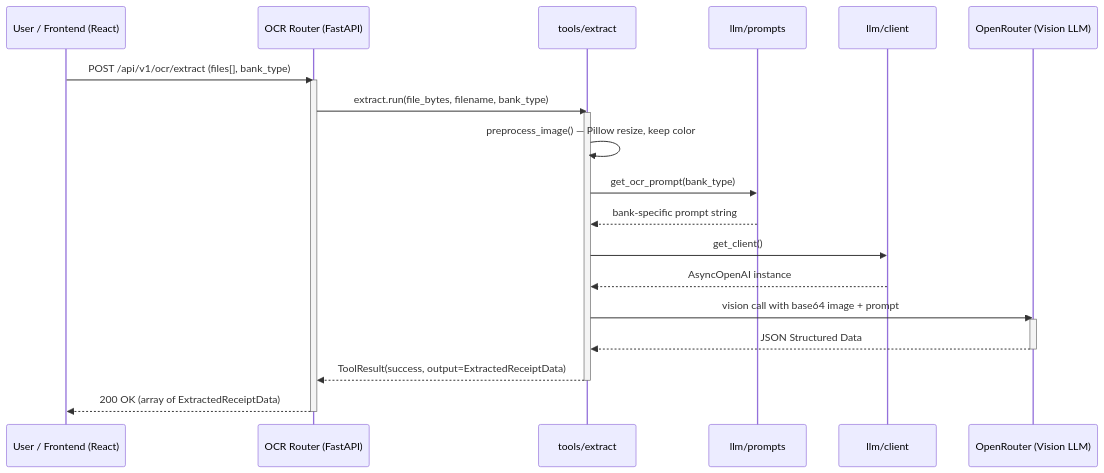
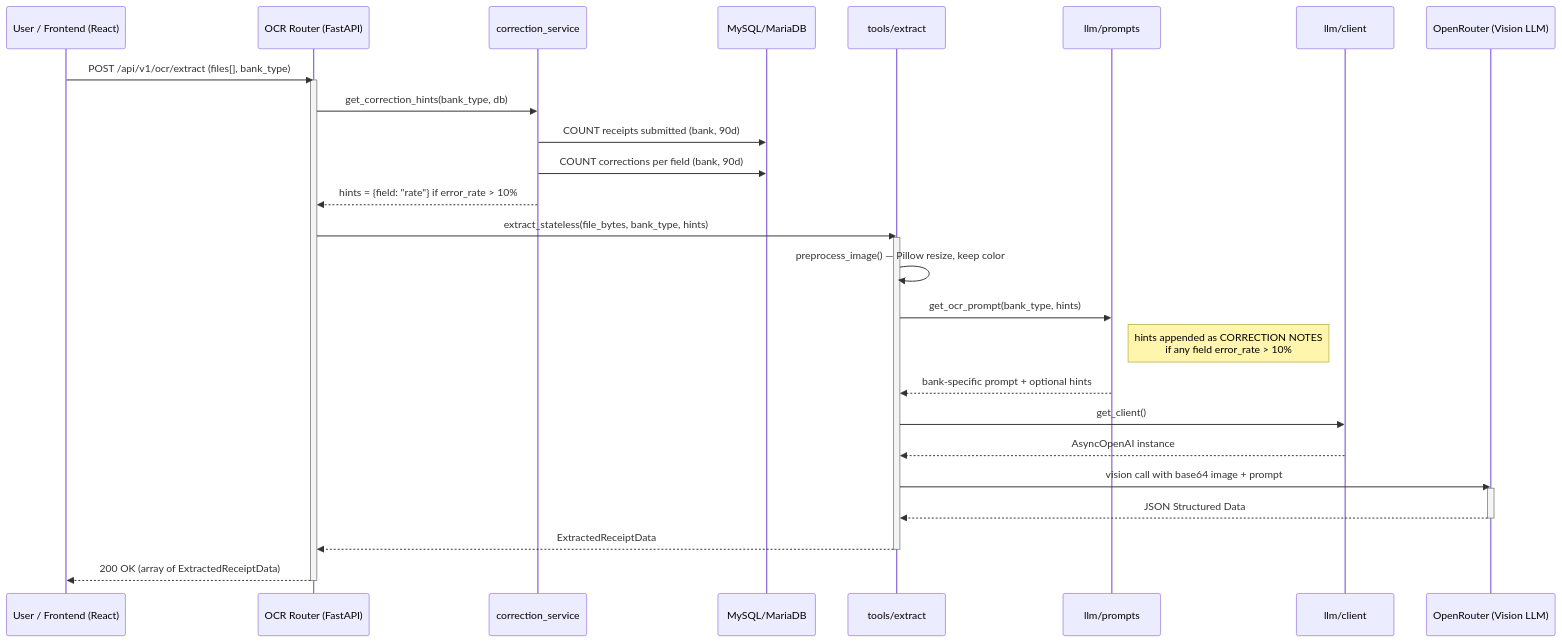
One commit to SupportCarmen/OCR changed the third of 8 diagrams in docs/Software_Requirements_Specification.md. Above: the diagram before and after it, drawn with Mermaid. The commit also changed other lines of this file and 17 other files, not shown here.

````diff
--- a/docs/Software_Requirements_Specification.md
+++ b/docs/Software_Requirements_Specification.md
@@ -142,27 +156,36 @@
 ```mermaid
 sequenceDiagram
     participant User as User / Frontend (React)
     participant Router as OCR Router (FastAPI)
+    participant CorrSvc as correction_service
+    participant DB as MySQL/MariaDB
     participant Tool as tools/extract
     participant Prompts as llm/prompts
     participant Client as llm/client
     participant LLM as OpenRouter (Vision LLM)
 
     User->>Router: POST /api/v1/ocr/extract (files[], bank_type)
     activate Router
-    Router->>Tool: extract.run(file_bytes, filename, bank_type)
+
+    Router->>CorrSvc: get_correction_hints(bank_type, db)
+    CorrSvc->>DB: COUNT receipts submitted (bank, 90d)
+    CorrSvc->>DB: COUNT corrections per field (bank, 90d)
+    CorrSvc-->>Router: hints = {field: "rate"} if error_rate > 10%
+
+    Router->>Tool: extract_stateless(file_bytes, bank_type, hints)
     activate Tool
     Tool->>Tool: preprocess_image() — Pillow resize, keep color
-    Tool->>Prompts: get_ocr_prompt(bank_type)
-    Prompts-->>Tool: bank-specific prompt string
+    Tool->>Prompts: get_ocr_prompt(bank_type, hints)
+    Note right of Prompts: hints appended as CORRECTION NOTES<br/>if any field error_rate > 10%
+    Prompts-->>Tool: bank-specific prompt + optional hints
     Tool->>Client: get_client()
     Client-->>Tool: AsyncOpenAI instance
     Tool->>LLM: vision call with base64 image + prompt
     activate LLM
     LLM-->>Tool: JSON Structured Data
     deactivate LLM
-    Tool-->>Router: ToolResult(success, output=ExtractedReceiptData)
+    Tool-->>Router: ExtractedReceiptData
     deactivate Tool
     Router-->>User: 200 OK (array of ExtractedReceiptData)
     deactivate Router
 ```
````
